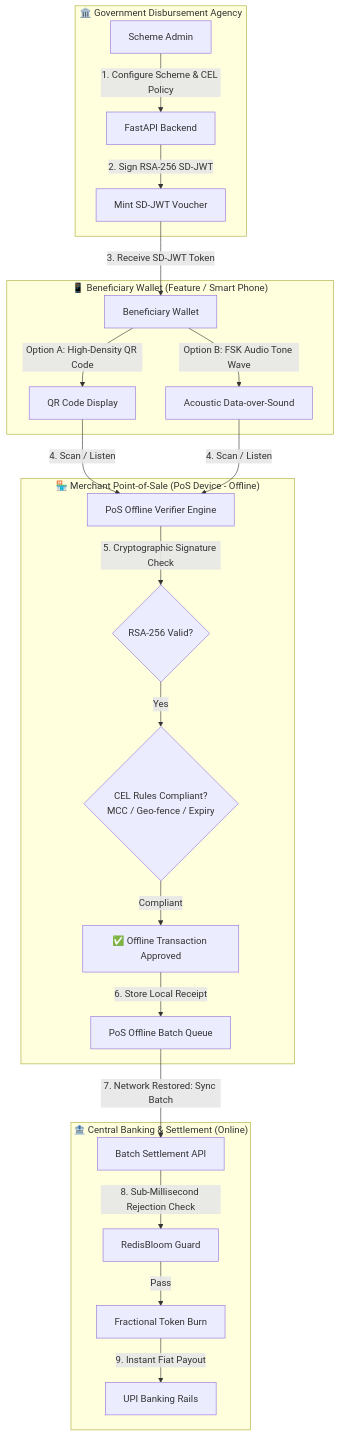
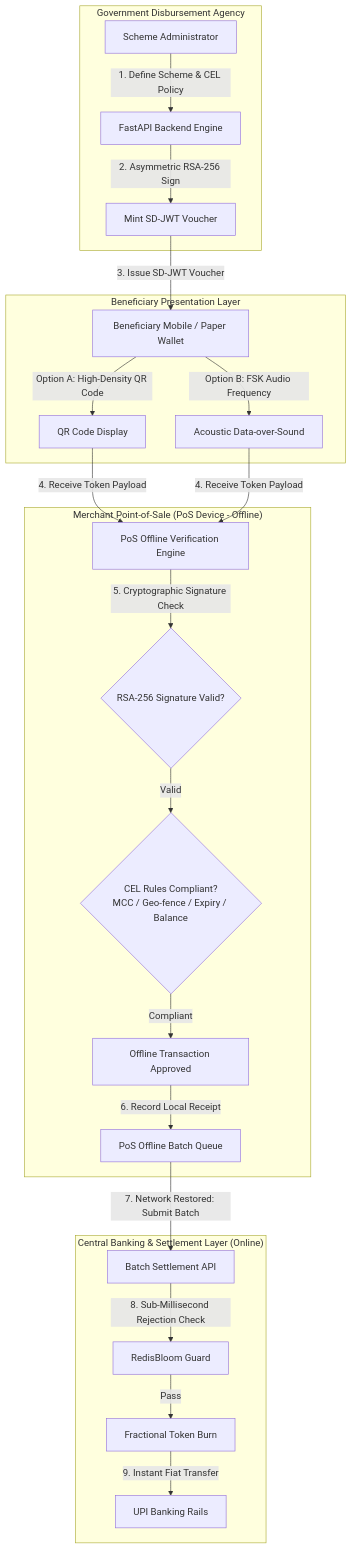
The diagram in README.md (Nabeelop/Tokify), drawn with Mermaid before and after one commit. The commit also changed other lines of this file, not shown here.

````diff
--- a/README.md
+++ b/README.md
@@ -26,29 +22,29 @@
 ```mermaid
 flowchart TD
-    subgraph Government ["🏛️ Government Disbursement Agency"]
-        Gov[Scheme Admin] -->|1. Configure Scheme & CEL Policy| Engine[FastAPI Backend]
-        Engine -->|2. Sign RSA-256 SD-JWT| Mint[Mint SD-JWT Voucher]
+    subgraph Government ["Government Disbursement Agency"]
+        Gov[Scheme Administrator] -->|1. Define Scheme & CEL Policy| Engine[FastAPI Backend Engine]
+        Engine -->|2. Asymmetric RSA-256 Sign| Mint[Mint SD-JWT Voucher]
     end
 
-    subgraph Beneficiary ["📱 Beneficiary Wallet (Feature / Smart Phone)"]
-        Mint -->|3. Receive SD-JWT Token| Wallet[Beneficiary Wallet]
+    subgraph Beneficiary ["Beneficiary Presentation Layer"]
+        Mint -->|3. Issue SD-JWT Voucher| Wallet[Beneficiary Mobile / Paper Wallet]
         Wallet -->|Option A: High-Density QR Code| PresentQR[QR Code Display]
-        Wallet -->|Option B: FSK Audio Tone Wave| PresentAudio[Acoustic Data-over-Sound]
+        Wallet -->|Option B: FSK Audio Frequency| PresentAudio[Acoustic Data-over-Sound]
     end
 
-    subgraph MerchantPoS ["🏪 Merchant Point-of-Sale (PoS Device - Offline)"]
-        PresentQR -->|4. Scan / Listen| PoS[PoS Offline Verifier Engine]
-        PresentAudio -->|4. Scan / Listen| PoS
-        PoS -->|5. Cryptographic Signature Check| SigCheck{RSA-256 Valid?}
-        SigCheck -->|Yes| CELEval{CEL Rules Compliant?\nMCC / Geo-fence / Expiry}
-        CELEval -->|Compliant| OfflineApprove[✅ Offline Transaction Approved]
-        OfflineApprove -->|6. Store Local Receipt| LocalQueue[PoS Offline Batch Queue]
+    subgraph MerchantPoS ["Merchant Point-of-Sale (PoS Device - Offline)"]
+        PresentQR -->|4. Receive Token Payload| PoS[PoS Offline Verification Engine]
+        PresentAudio -->|4. Receive Token Payload| PoS
+        PoS -->|5. Cryptographic Signature Check| SigCheck{RSA-256 Signature Valid?}
+        SigCheck -->|Valid| CELEval{CEL Rules Compliant?\nMCC / Geo-fence / Expiry / Balance}
+        CELEval -->|Compliant| OfflineApprove[Offline Transaction Approved]
+        OfflineApprove -->|6. Record Local Receipt| LocalQueue[PoS Offline Batch Queue]
     end
 
-    subgraph SettlementRails ["🏦 Central Banking & Settlement (Online)"]
-        LocalQueue -->|7. Network Restored: Sync Batch| Sync[Batch Settlement API]
+    subgraph SettlementRails ["Central Banking & Settlement Layer (Online)"]
+        LocalQueue -->|7. Network Restored: Submit Batch| Sync[Batch Settlement API]
         Sync -->|8. Sub-Millisecond Rejection Check| Bloom[RedisBloom Guard]
         Bloom -->|Pass| Burn[Fractional Token Burn]
-        Burn -->|9. Instant Fiat Payout| UPI[UPI Banking Rails]
+        Burn -->|9. Instant Fiat Transfer| UPI[UPI Banking Rails]
     end
 ```
````
